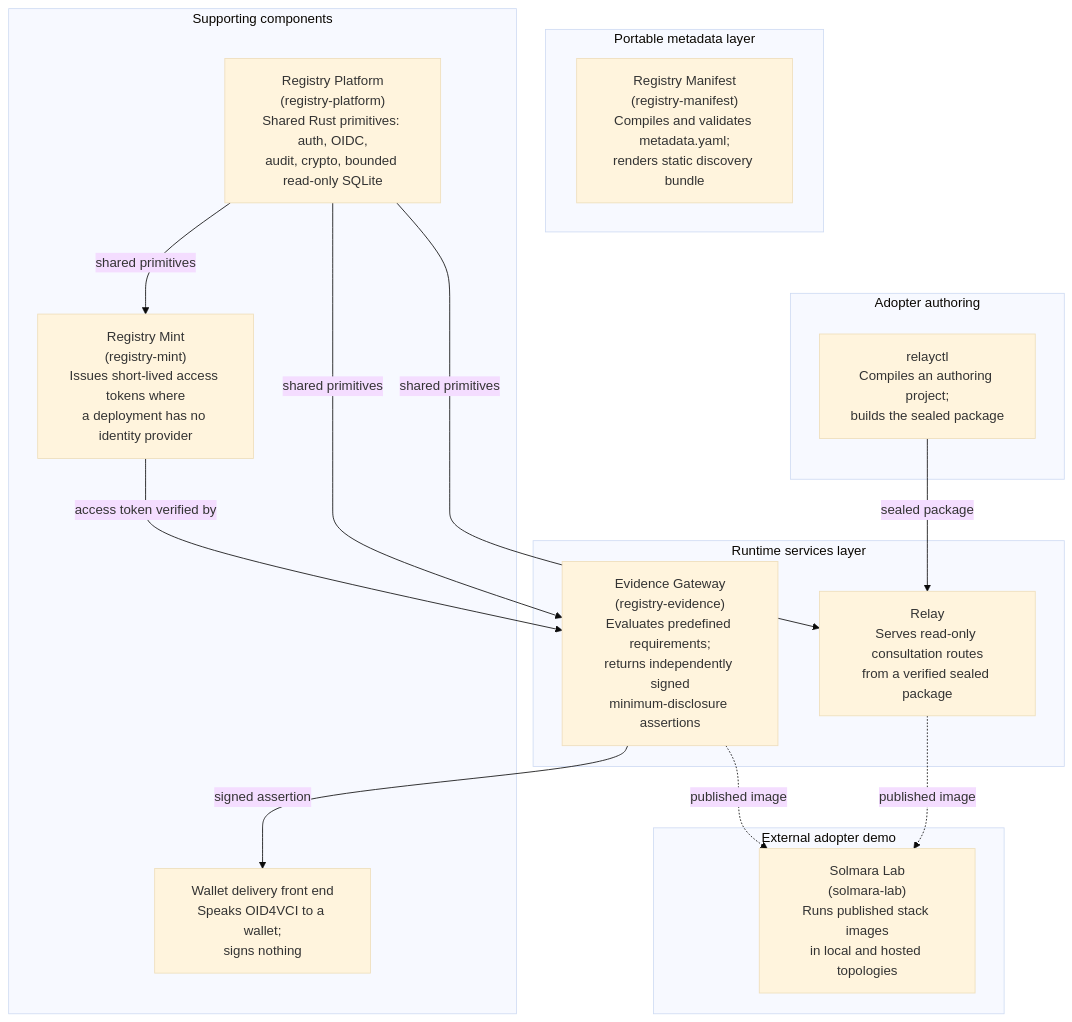
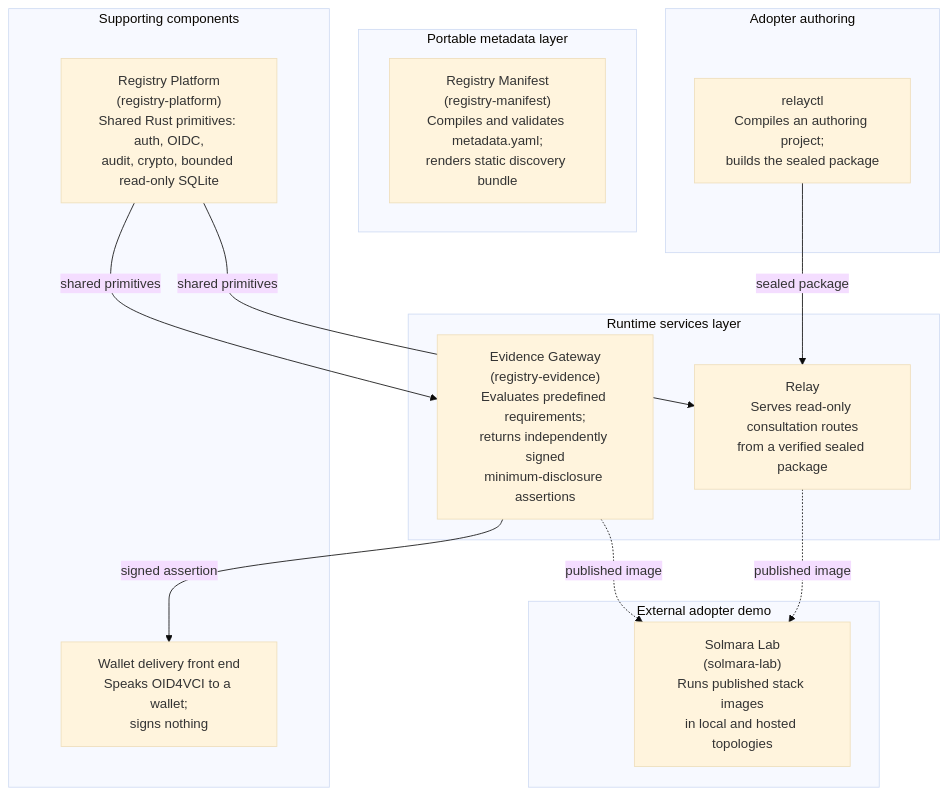
Before and after one commit to registrystack/registry-stack: the diagram in docs/site/src/content/docs/spec/rs-arc-g.mdx, drawn with Mermaid (base theme). The commit also changed other lines of this file and 81 other files, not shown here.

Commit message:
docs: retire current Registry Mint guidance

````diff
--- a/docs/site/src/content/docs/spec/rs-arc-g.mdx
+++ b/docs/site/src/content/docs/spec/rs-arc-g.mdx
@@ -91,34 +90,31 @@
 ```mermaid
 flowchart TD
     subgraph portable["Portable metadata layer"]
         manifest["Registry Manifest<br/>(registry-manifest)<br/>Compiles and validates metadata.yaml;<br/>renders static discovery bundle"]
     end
 
     subgraph authoring["Adopter authoring"]
         relayctl["relayctl<br/>Compiles an authoring project;<br/>builds the sealed package"]
     end
 
     subgraph runtime["Runtime services layer"]
         relay["Relay<br/>Serves read-only consultation routes<br/>from a verified sealed package"]
         evidence["Evidence Gateway<br/>(registry-evidence)<br/>Evaluates predefined requirements;<br/>returns independently signed<br/>minimum-disclosure assertions"]
     end
 
     subgraph support["Supporting components"]
         platform["Registry Platform<br/>(registry-platform)<br/>Shared Rust primitives: auth, OIDC,<br/>audit, crypto, bounded read-only SQLite"]
-        mint["Registry Mint<br/>(registry-mint)<br/>Issues short-lived access tokens where<br/>a deployment has no identity provider"]
         oid4vci["Wallet delivery front end<br/>Speaks OID4VCI to a wallet;<br/>signs nothing"]
     end
 
     subgraph adopter["External adopter demo"]
         solmara["Solmara Lab<br/>(solmara-lab)<br/>Runs published stack images<br/>in local and hosted topologies"]
     end
 
     relayctl -- "sealed package" --> relay
     platform -- "shared primitives" --> relay
     platform -- "shared primitives" --> evidence
-    platform -- "shared primitives" --> mint
-    mint -- "access token verified by" --> evidence
     evidence -- "signed assertion" --> oid4vci
     relay -. "published image" .-> solmara
     evidence -. "published image" .-> solmara
 ```
````
